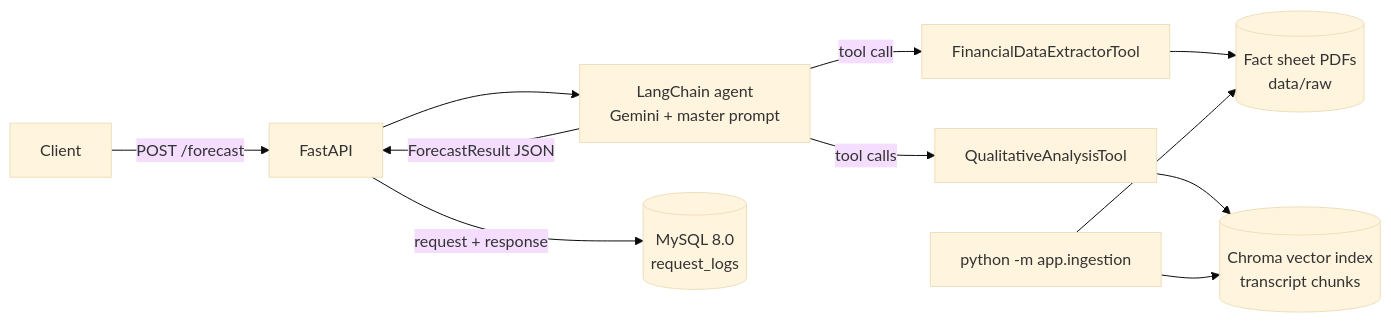
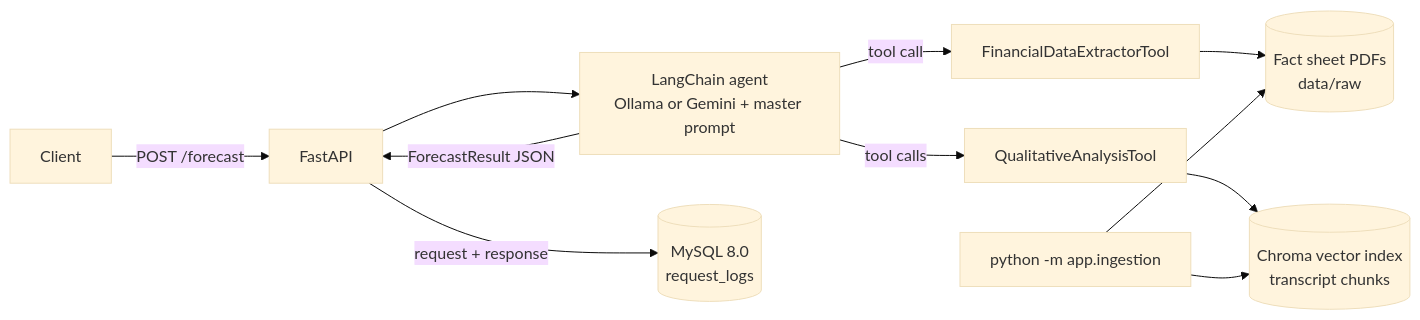
The diagram in README.md (LalithaSriHarshitha/Financial-Forecasting-Agent), drawn with Mermaid (base theme) before and after one commit. The commit also changed other lines of this file and 14 other files, not shown here.

First line of the commit message:
feat: Ollama provider (local models, default) alongside Gemini via LLM_PROVIDER

````diff
--- a/README.md
+++ b/README.md
@@ -31,13 +32,13 @@
 ```mermaid
 flowchart LR
     U[Client] -->|POST /forecast| API[FastAPI]
-    API --> AG[LangChain agent<br/>Gemini + master prompt]
+    API --> AG[LangChain agent<br/>Ollama or Gemini + master prompt]
     AG -->|tool call| FE[FinancialDataExtractorTool]
     AG -->|tool calls| QA[QualitativeAnalysisTool]
     FE --> PDF[(Fact sheet PDFs<br/>data/raw)]
     QA --> VDB[(Chroma vector index<br/>transcript chunks)]
     AG -->|ForecastResult JSON| API
     API -->|request + response| DB[(MySQL 8.0<br/>request_logs)]
     ING[python -m app.ingestion] --> PDF
     ING --> VDB
 ```
````
